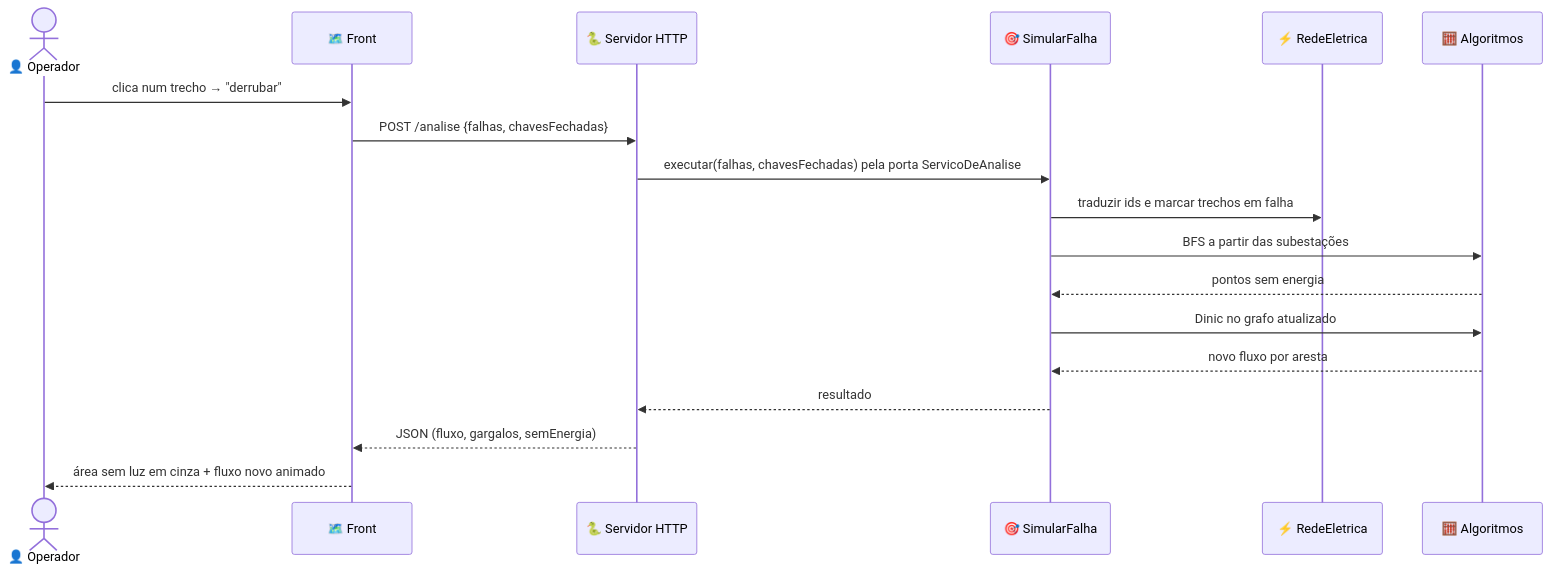
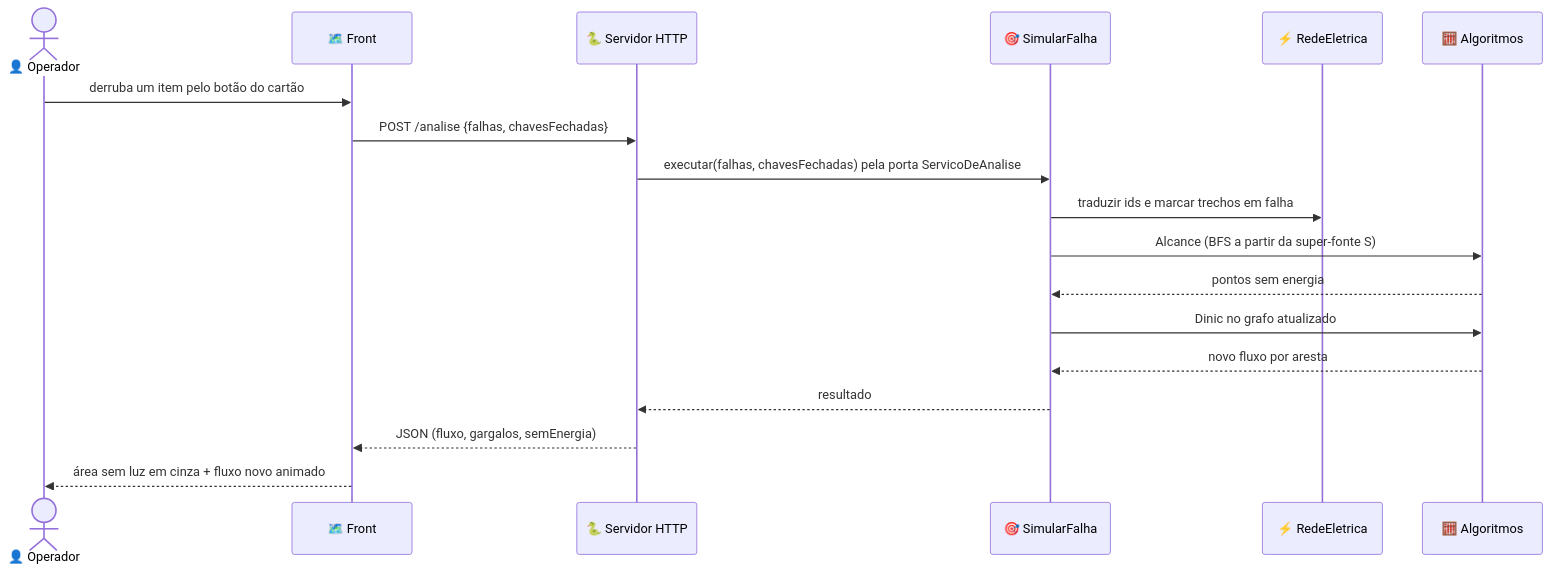
One commit to catmaitachi/remg changed the third of 4 diagrams in docs/spec/03-modelagem.md. Above: the diagram before and after it, drawn with Mermaid. The commit also changed other lines of this file and 12 other files, not shown here.

Commit message:
docs: diagramas finais nos tokens da tela

````diff
--- a/docs/spec/03-modelagem.md
+++ b/docs/spec/03-modelagem.md
@@ -162,20 +179,20 @@
 ```mermaid
 sequenceDiagram
     actor U as 👤 Operador
     participant F as 🗺️ Front
     participant H as 🐍 Servidor HTTP
     participant C as 🎯 SimularFalha
     participant R as ⚡ RedeEletrica
     participant A as 🧮 Algoritmos
-    U->>F: clica num trecho → "derrubar"
+    U->>F: derruba um item pelo botão do cartão
     F->>H: POST /analise {falhas, chavesFechadas}
     H->>C: executar(falhas, chavesFechadas) pela porta ServicoDeAnalise
     C->>R: traduzir ids e marcar trechos em falha
-    C->>A: BFS a partir das subestações
+    C->>A: Alcance (BFS a partir da super-fonte S)
     A-->>C: pontos sem energia
     C->>A: Dinic no grafo atualizado
     A-->>C: novo fluxo por aresta
     C-->>H: resultado
     H-->>F: JSON (fluxo, gargalos, semEnergia)
     F-->>U: área sem luz em cinza + fluxo novo animado
 ```
````
